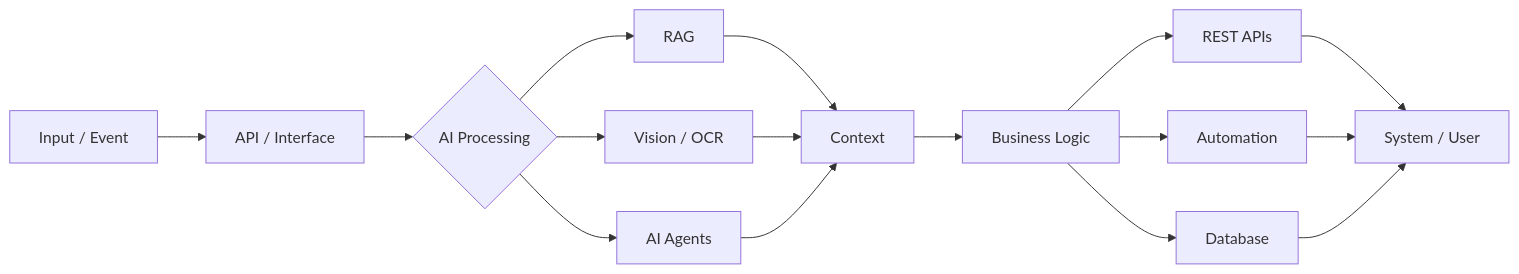
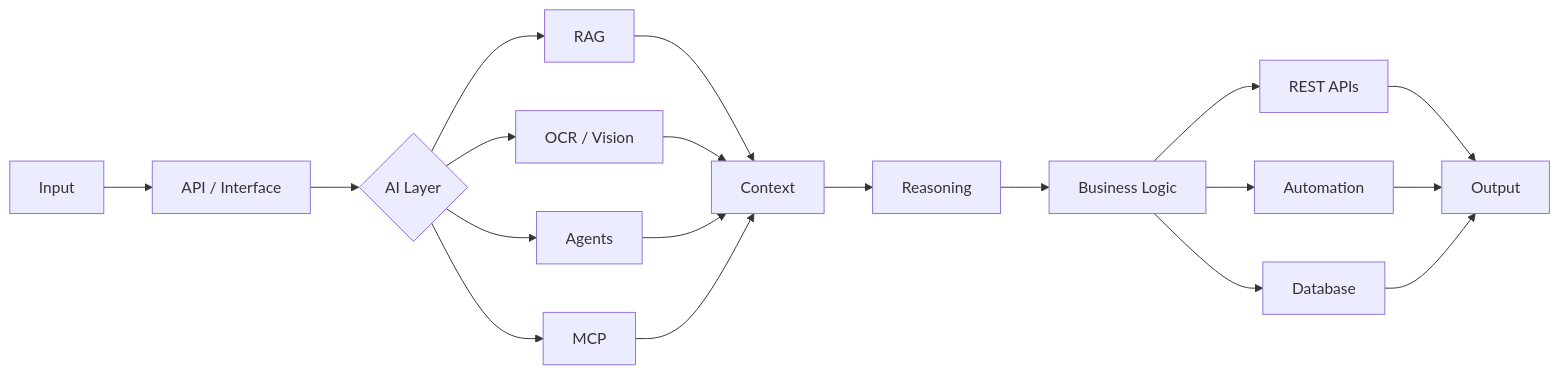
One commit to bharathvk75/bharathvk75 changed the diagram in README.md. Above: the diagram before and after it, drawn with Mermaid. The commit also changed other lines of this file, not shown here.

````diff
--- a/README.md
+++ b/README.md
@@ -210,25 +440,29 @@
 ```mermaid
 flowchart LR
 
-    A[Input / Event] --> B[API / Interface]
+A[Input] --> B[API / Interface]
 
-    B --> C{AI Processing}
+B --> C{AI Layer}
 
-    C --> D[RAG]
-    C --> E[Vision / OCR]
-    C --> F[AI Agents]
+C --> D[RAG]
+C --> E[OCR / Vision]
+C --> F[Agents]
+C --> G[MCP]
 
-    D --> G[Context]
-    E --> G
-    F --> G
+D --> H[Context]
+E --> H
+F --> H
+G --> H
 
-    G --> H[Business Logic]
+H --> I[Reasoning]
 
-    H --> I[REST APIs]
-    H --> J[Automation]
-    H --> K[Database]
+I --> J[Business Logic]
 
-    I --> L[System / User]
-    J --> L
-    K --> L
+J --> K[REST APIs]
+J --> L[Automation]
+J --> M[Database]
+
+K --> N[Output]
+L --> N
+M --> N
 ```
````
